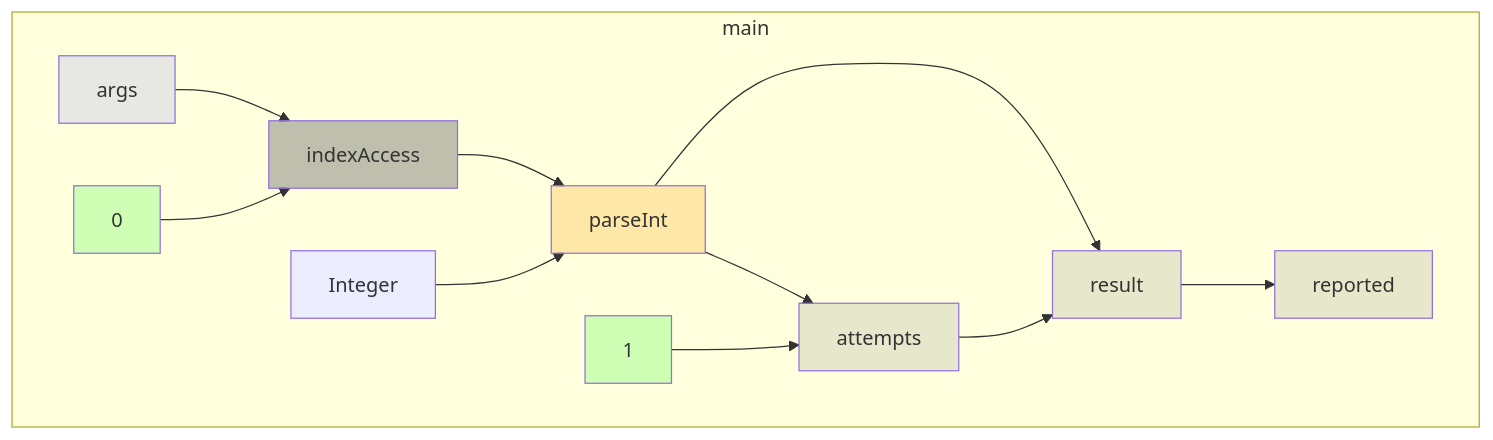
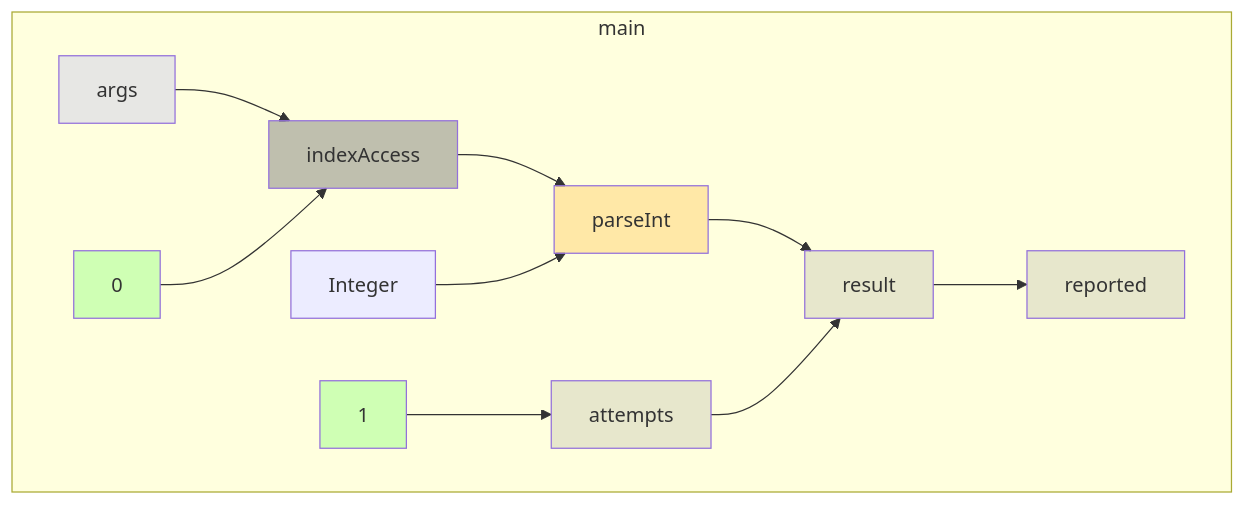
One commit to gstiebler/codeflow changed the diagram in app/src/test/resources/tryCatch/spike-truth.md. Above: the diagram before and after it, drawn with Mermaid. The commit also changed 21 other files, not shown here.

````diff
--- a/app/src/test/resources/tryCatch/spike-truth.md
+++ b/app/src/test/resources/tryCatch/spike-truth.md
@@ -3,30 +3,29 @@
 ```mermaid
 flowchart TD
   subgraph m0["main"]
     n0["indexAccess"]:::BIN_OP
     n1["parseInt"]:::EXTERNAL
     n2["args"]:::FUNC_PARAM
     n3["0"]:::LITERAL
     n4["1"]:::LITERAL
     n5["Integer"]:::OBJ_VARIABLE
     n6["attempts"]:::VARIABLE
     n7["reported"]:::VARIABLE
     n8["result"]:::VARIABLE
   end
   n0 --> n1
-  n1 --> n6
   n1 --> n8
   n2 --> n0
   n3 --> n0
   n4 --> n6
   n5 --> n1
   n6 --> n8
   n8 --> n7
   classDef LITERAL fill:#00FF0030
   classDef VARIABLE fill:#80808030
   classDef BIN_OP fill:#80808080
   classDef FUNC_PARAM fill:#8080FF30
   classDef RETURN fill:#FF808080
   classDef EXTERNAL fill:#FFA50040
   classDef UNMODELLED fill:#FF000030,stroke-dasharray: 4 2
 ```
````
